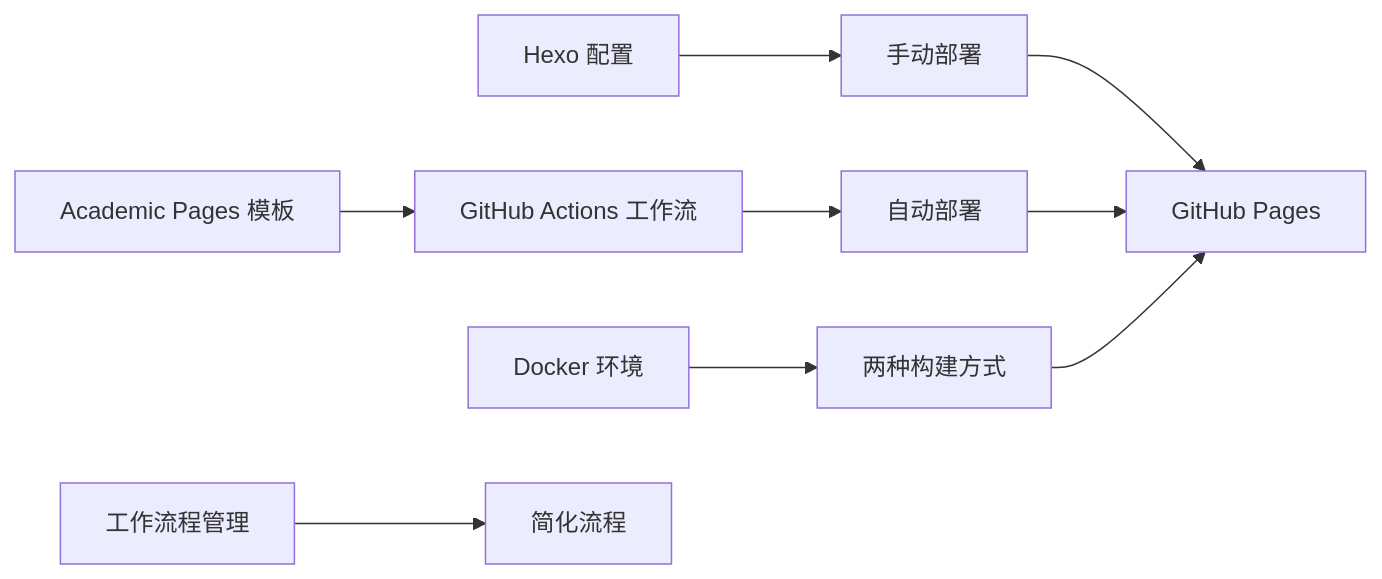
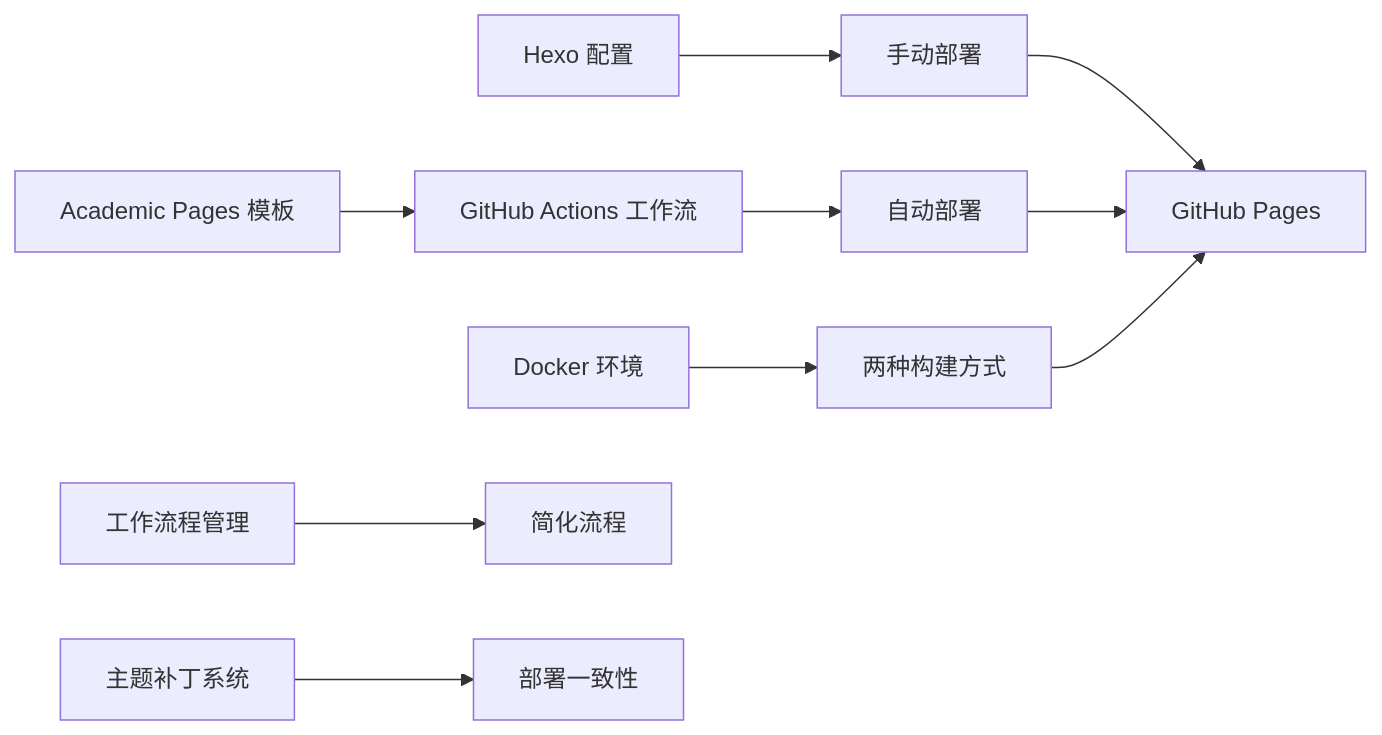
Before and after one commit to CoolPig0720/CoolPig0720.github.io: the seventh of 7 diagrams in .qoder/repowiki/zh/content/部署和维护/CI_CD 工作流程.md, drawn with Mermaid. The commit also changed other lines of this file and 13 other files, not shown here.

````diff
--- a/.qoder/repowiki/zh/content/部署和维护/CI_CD 工作流程.md
+++ b/.qoder/repowiki/zh/content/部署和维护/CI_CD 工作流程.md
@@ -234,11 +322,12 @@
 ```mermaid
 graph LR
 Template["Academic Pages 模板"] --> Actions["GitHub Actions 工作流"]
 HexoConfig["Hexo 配置"] --> ManualDeploy["手动部署"]
 Actions --> AutoDeploy["自动部署"]
 Docker["Docker 环境"] --> Both["两种构建方式"]
 ManualDeploy --> Pages["GitHub Pages"]
 AutoDeploy --> Pages
 Both --> Pages
 Workflows["工作流程管理"] --> Simplified["简化流程"]
+Patches["主题补丁系统"] --> Consistent["部署一致性"]
 ```
````
